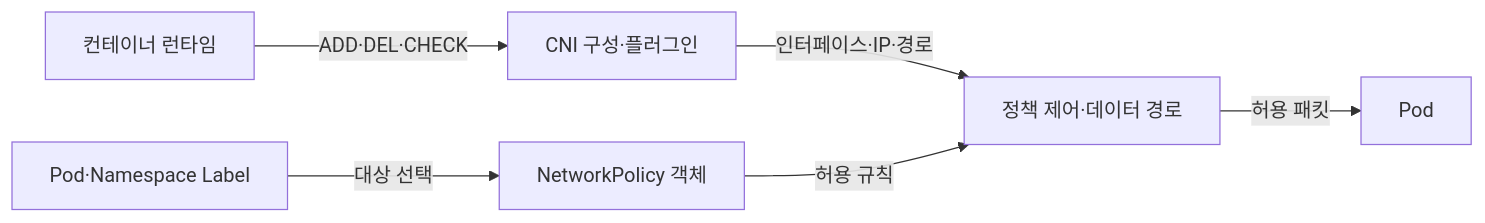
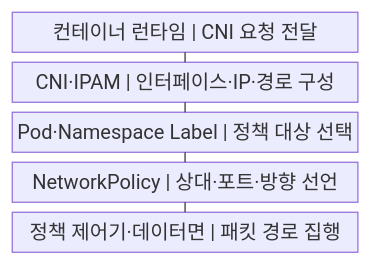
Before and after one commit to agnusdei1207/knowledge-base: the first of 2 diagrams in src/content/docs/notes/03-software/156_kubernetes_networkpolicy_cni.md, drawn with Mermaid. The commit also changed other lines of this file and 20 other files, not shown here.

````diff
--- a/src/content/docs/notes/03-software/156_kubernetes_networkpolicy_cni.md
+++ b/src/content/docs/notes/03-software/156_kubernetes_networkpolicy_cni.md
@@ -59,8 +55,13 @@
 ```mermaid
-flowchart LR
-    R[컨테이너 런타임] -->|ADD·DEL·CHECK| C[CNI 구성·플러그인]
-    C -->|인터페이스·IP·경로| D[정책 제어·데이터 경로]
-    L[Pod·Namespace Label] -->|대상 선택| N[NetworkPolicy 객체]
-    N -->|허용 규칙| D
-    D -->|허용 패킷| P[Pod]
+block
+    columns 1
+    A["컨테이너 런타임 | CNI 요청 전달"]
+    B["CNI·IPAM | 인터페이스·IP·경로 구성"]
+    C["Pod·Namespace Label | 정책 대상 선택"]
+    D["NetworkPolicy | 상대·포트·방향 선언"]
+    E["정책 제어기·데이터면 | 패킷 경로 집행"]
+    A --- B
+    B --- C
+    C --- D
+    D --- E
 ```
````
